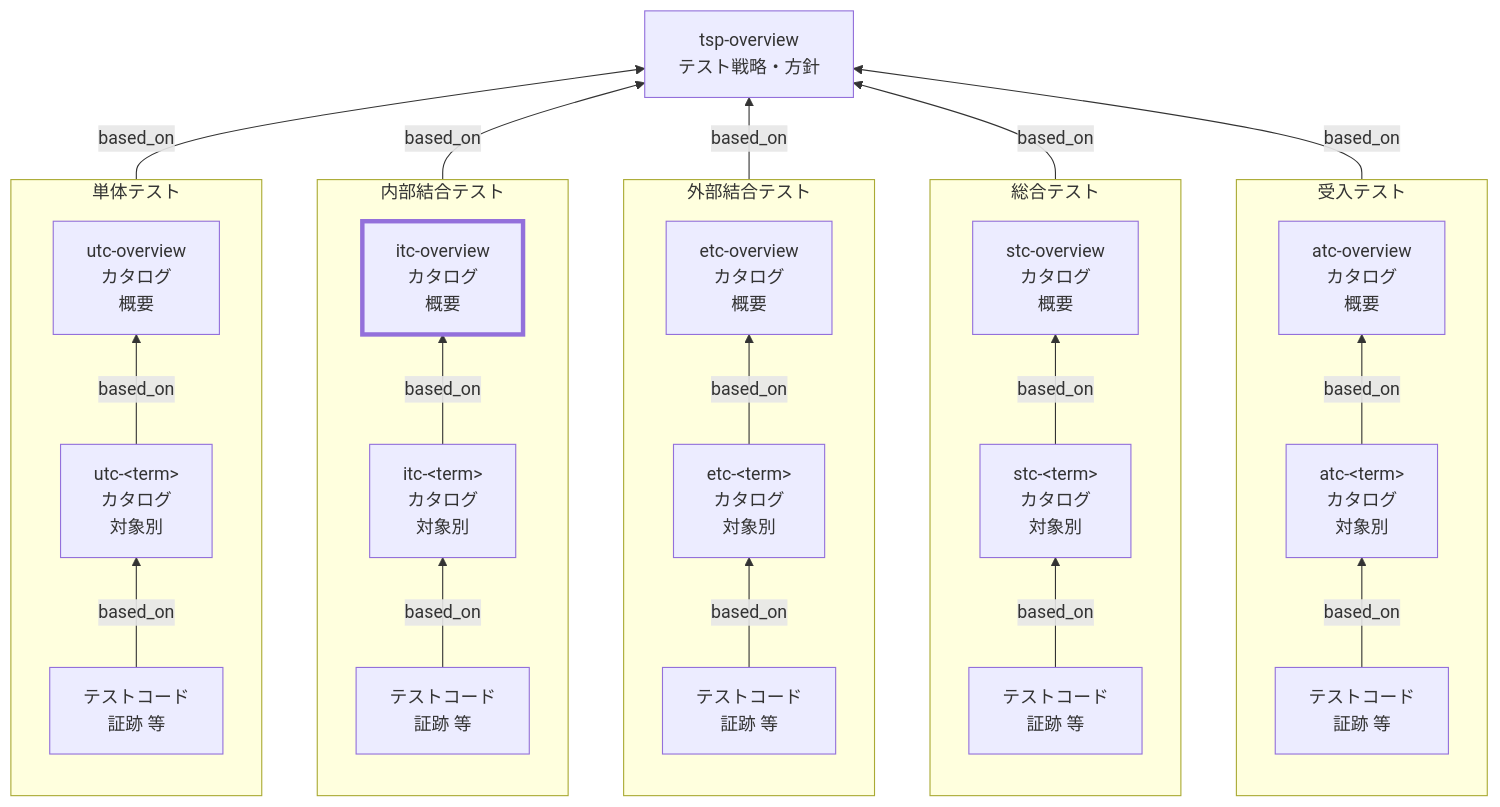
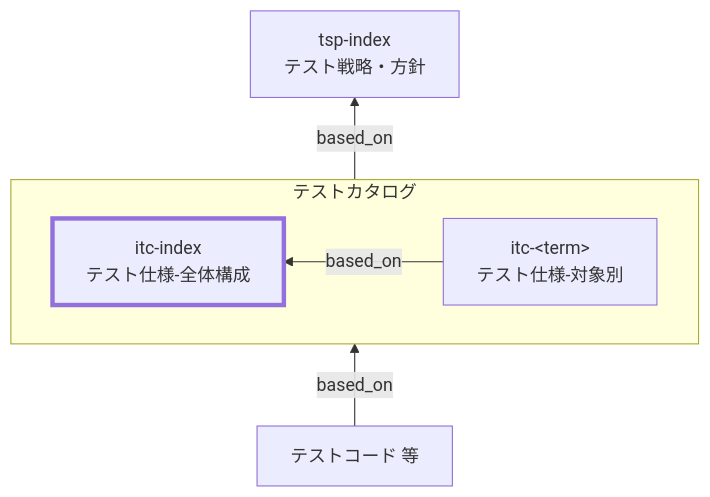
Before and after one commit to specdojo/spec-dojo-handbook: the diagram in docs/ja/handbook/rules/itc-index-rules.md, drawn with Mermaid. The commit also changed other lines of this file and 5 other files, not shown here.

Commit message:
docs(update): 図とoverview->indexの変更

````diff
--- a/docs/ja/handbook/rules/itc-index-rules.md
+++ b/docs/ja/handbook/rules/itc-index-rules.md
@@ -31,53 +31,20 @@
 ```mermaid
 flowchart BT
-  TSP["tsp-overview<br>テスト戦略・方針"]
+  TSP["tsp-index<br>テスト戦略・方針"]
 
-  subgraph UT["単体テスト"]
-  direction BT
-    UTCOverview["utc-overview<br>カタログ<br>概要"]
-    UTC["utc-&lt;term&gt;<br>カタログ<br>対象別"]
-    UTImpl["テストコード<br>証跡 等"]
-    UTImpl -->|based_on| UTC -->|based_on| UTCOverview
+  subgraph TC["テストカタログ"]
+  direction RL
+    TCIndex["itc-index<br>テスト仕様-全体構成"]
+    TCDetail["itc-&lt;term&gt;<br>テスト仕様-対象別"]
+    TCDetail -->|based_on| TCIndex
   end
 
-  subgraph IT["内部結合テスト"]
-  direction BT
-    ITCOverview["itc-overview<br>カタログ<br>概要"]
-    ITC["itc-&lt;term&gt;<br>カタログ<br>対象別"]
-    ITImpl["テストコード<br>証跡 等"]
-    ITImpl -->|based_on| ITC -->|based_on| ITCOverview
-  end
+  Code["テストコード 等"]
 
-  subgraph ET["外部結合テスト"]
-  direction BT
-    ETCOverview["etc-overview<br>カタログ<br>概要"]
-    ETC["etc-&lt;term&gt;<br>カタログ<br>対象別"]
-    ETImpl["テストコード<br>証跡 等"]
-    ETImpl -->|based_on| ETC -->|based_on| ETCOverview
-  end
+  TC -->|based_on| TSP
+  Code -->|based_on| TC
 
-  subgraph ST["総合テスト"]
-  direction BT
-    STOverview["stc-overview<br>カタログ<br>概要"]
-    STC["stc-&lt;term&gt;<br>カタログ<br>対象別"]
-    STImpl["テストコード<br>証跡 等"]
-    STImpl -->|based_on| STC -->|based_on| STOverview
-  end
-
-  subgraph AT["受入テスト"]
-  direction BT
-    ATOverview["atc-overview<br>カタログ<br>概要"]
-    ATC["atc-&lt;term&gt;<br>カタログ<br>対象別"]
-    ATImpl["テストコード<br>証跡 等"]
-    ATImpl -->|based_on| ATC -->|based_on| ATOverview
-  end
-
-  UT -->|based_on| TSP
-  IT -->|based_on| TSP
-  ET -->|based_on| TSP
-  ST -->|based_on| TSP
-  AT -->|based_on| TSP
 
   classDef target stroke-width:4px
-  class ITCOverview target
+  class TCIndex target
 ```
````
